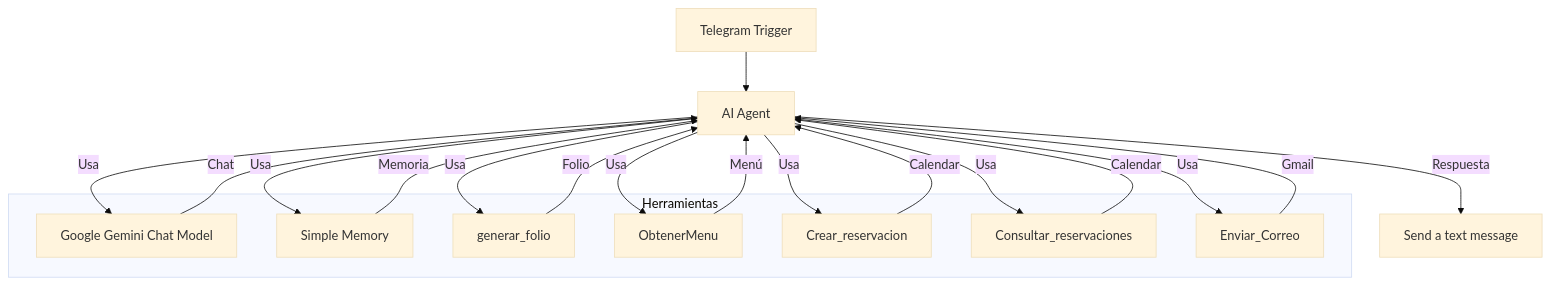
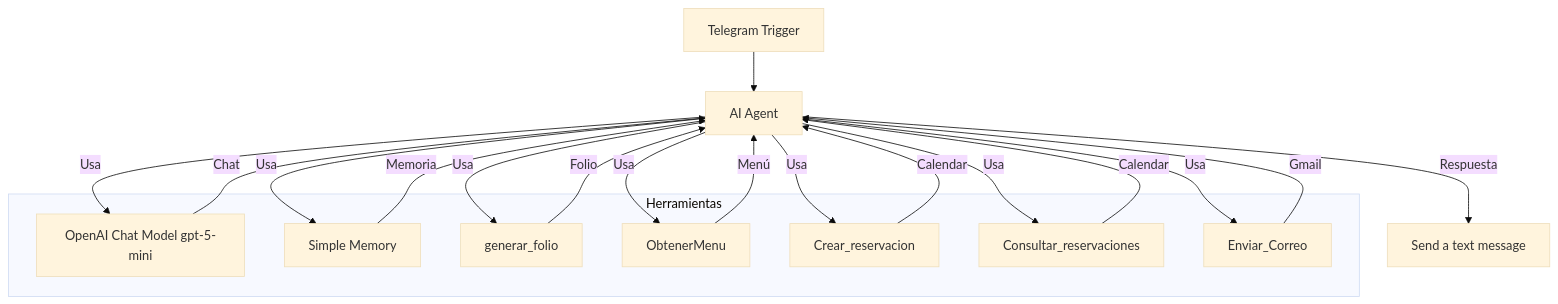
One commit to Naenndo/Agente-con-IA---Parcial-1 changed the diagram in README.md. Above: the diagram before and after it, drawn with Mermaid (base theme). The commit also changed other lines of this file and 2 other files, not shown here.

````diff
--- a/README.md
+++ b/README.md
@@ -16,31 +16,31 @@
 ```mermaid
 flowchart TD
     TG[Telegram Trigger] --> AI[AI Agent]
     AI -->|Respuesta| Send[Send a text message]
     
     subgraph Herramientas
-        GF[Google Gemini Chat Model]
+        GF[OpenAI Chat Model gpt-5-mini]
         SM[Simple Memory]
         FG[generar_folio]
         OM[ObtenerMenu]
         CR[Crear_reservacion]
         CR2[Consultar_reservaciones]
         GC[Enviar_Correo]
     end
     
     AI -->|Usa| GF
     AI -->|Usa| SM
     AI -->|Usa| FG
     AI -->|Usa| OM
     AI -->|Usa| CR
     AI -->|Usa| CR2
     AI -->|Usa| GC
     
     GF -->|Chat| AI
     SM -->|Memoria| AI
     FG -->|Folio| AI
     OM -->|Menú| AI
     CR -->|Calendar| AI
     CR2 -->|Calendar| AI
     GC -->|Gmail| AI
 ```
````
